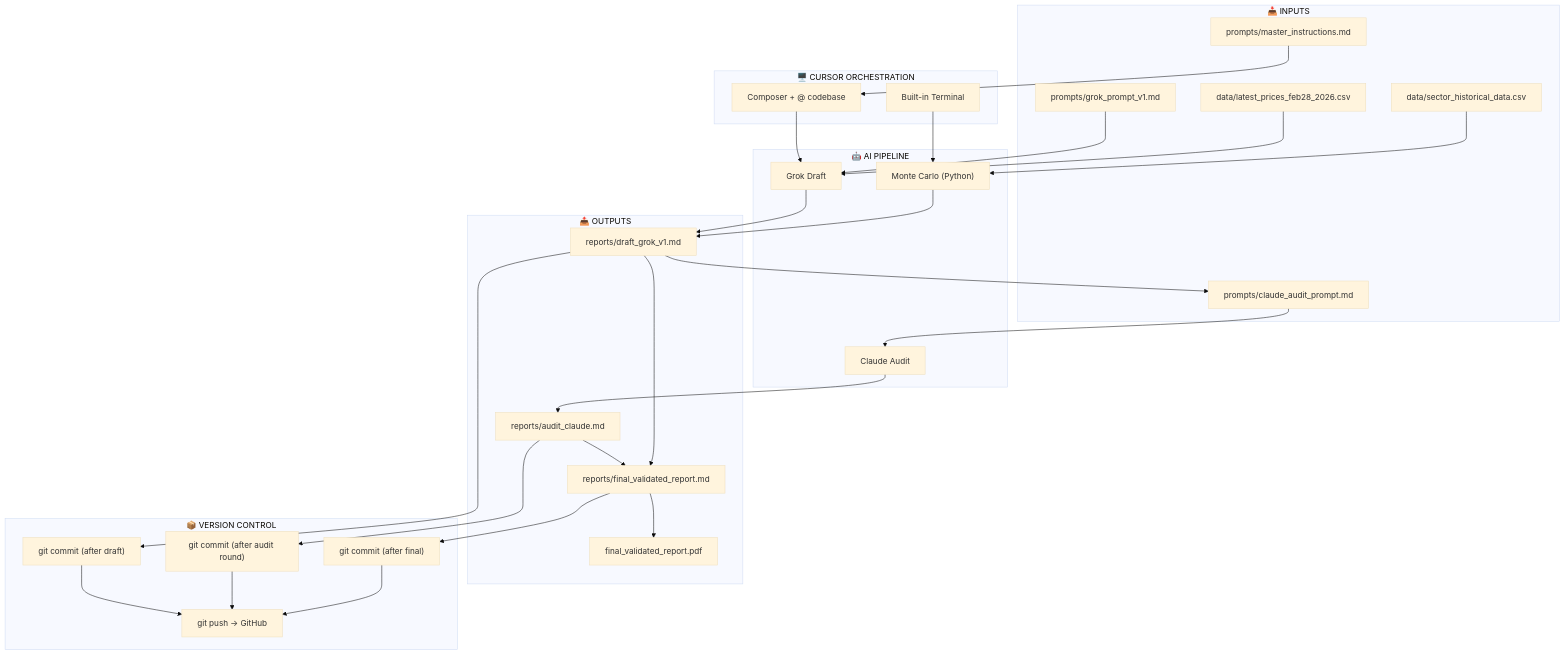
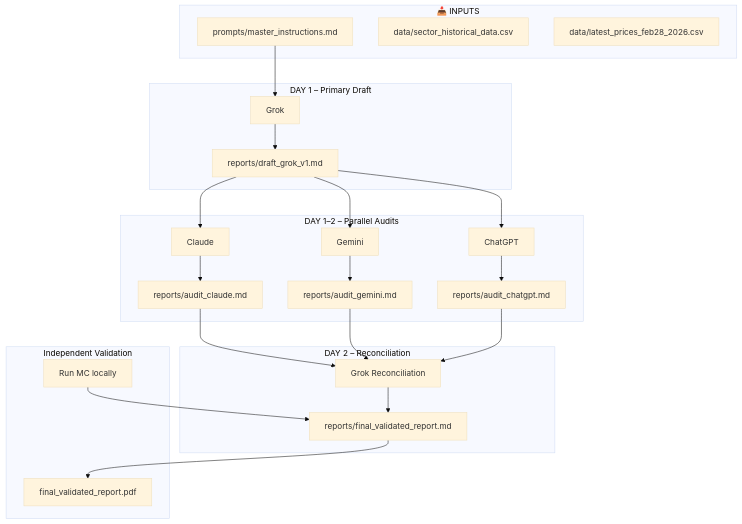
Before and after one commit to blake-a11y/The-Investor: the diagram in geopolitical-investment-research-2026/REPO_DIAGRAM.md, drawn with Mermaid (base theme). The commit also changed other lines of this file and 8 other files, not shown here.

````diff
--- a/geopolitical-investment-research-2026/REPO_DIAGRAM.md
+++ b/geopolitical-investment-research-2026/REPO_DIAGRAM.md
@@ -5,57 +5,47 @@
 ```mermaid
 flowchart TB
     subgraph inputs["📥 INPUTS"]
         master["prompts/master_instructions.md"]
-        grok_prompt["prompts/grok_prompt_v1.md"]
-        audit_prompt["prompts/claude_audit_prompt.md"]
         hist_data["data/sector_historical_data.csv"]
         prices["data/latest_prices_feb28_2026.csv"]
     end
 
-    subgraph cursor["🖥️ CURSOR ORCHESTRATION"]
-        composer["Composer + @ codebase"]
-        terminal["Built-in Terminal"]
+    subgraph day1["DAY 1 – Primary Draft"]
+        grok["Grok"]
+        draft["reports/draft_grok_v1.md"]
     end
 
-    subgraph ai["🤖 AI PIPELINE"]
-        grok["Grok Draft"]
-        mc["Monte Carlo (Python)"]
-        claude["Claude Audit"]
+    subgraph day12["DAY 1–2 – Parallel Audits"]
+        claude["Claude"]
+        gemini["Gemini"]
+        chatgpt["ChatGPT"]
+        audit_c["reports/audit_claude.md"]
+        audit_g["reports/audit_gemini.md"]
+        audit_ch["reports/audit_chatgpt.md"]
     end
 
-    subgraph outputs["📤 OUTPUTS"]
-        draft["reports/draft_grok_v1.md"]
-        audit["reports/audit_claude.md"]
+    subgraph day2["DAY 2 – Reconciliation"]
+        reconcile["Grok Reconciliation"]
         final["reports/final_validated_report.md"]
+    end
+
+    subgraph mc["Independent Validation"]
+        run_mc["Run MC locally"]
         pdf["final_validated_report.pdf"]
     end
 
-    subgraph vc["📦 VERSION CONTROL"]
-        commit1["git commit (after draft)"]
-        commit2["git commit (after audit round)"]
-        commit3["git commit (after final)"]
-        push["git push → GitHub"]
-    end
-
-    master --> composer
-    grok_prompt --> grok
-    hist_data --> mc
-    prices --> grok
-    composer --> grok
+    master --> grok
     grok --> draft
-    mc --> draft
-    terminal --> mc
-    draft --> audit_prompt
-    audit_prompt --> claude
-    claude --> audit
-    audit --> final
-    draft --> final
+    draft --> claude
+    draft --> gemini
+    draft --> chatgpt
+    claude --> audit_c
+    gemini --> audit_g
+    chatgpt --> audit_ch
+    audit_c --> reconcile
+    audit_g --> reconcile
+    audit_ch --> reconcile
+    reconcile --> final
+    run_mc --> final
     final --> pdf
-
-    draft --> commit1
-    audit --> commit2
-    final --> commit3
-    commit1 --> push
-    commit2 --> push
-    commit3 --> push
 ```
````
